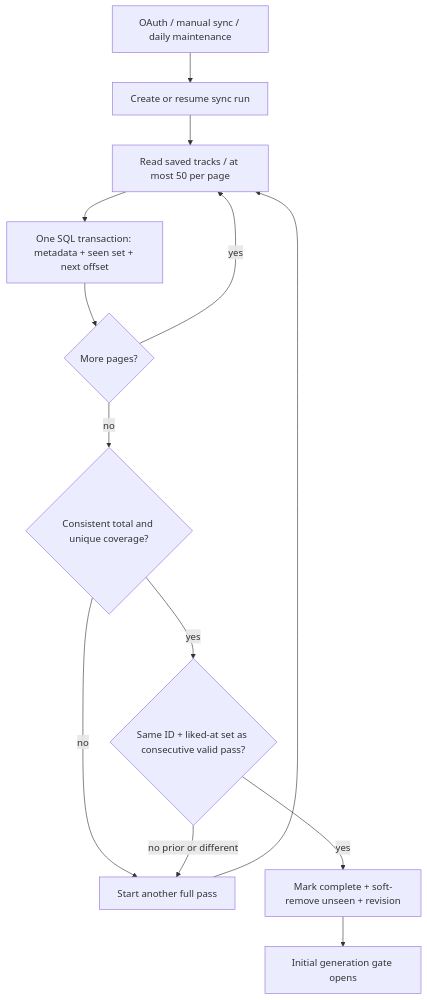
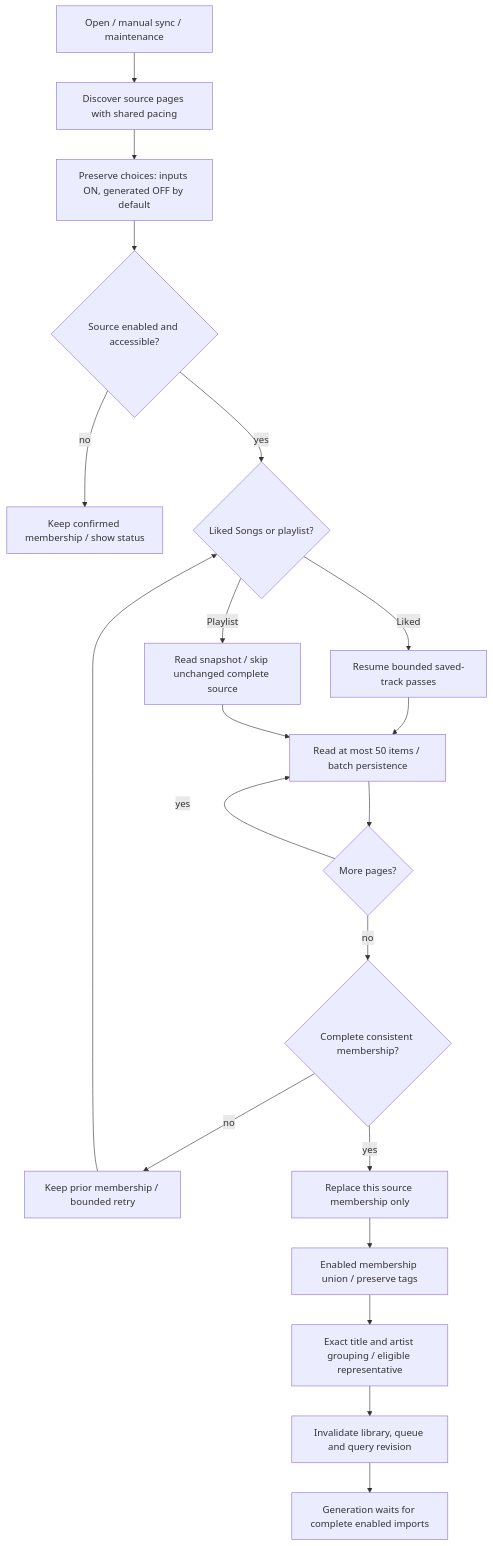
Before and after one commit to CarterKFalkenberg/spotify-plus: the diagram in docs/architecture/diagrams/06.mmd, drawn with Mermaid. The commit also changed 14 other files, not shown here.

Commit message:
Synchronize architecture handbook walkthrough and rendered source diagrams

```diff
--- a/docs/architecture/diagrams/06.mmd
+++ b/docs/architecture/diagrams/06.mmd
@@ -1,13 +1,20 @@
 flowchart TB
- E[OAuth / manual sync / daily maintenance] --> W[Create or resume sync run]
- W --> P[Read saved tracks / at most 50 per page]
- P --> TX[One SQL transaction: metadata + seen set + next offset]
- TX --> MORE{More pages?}
- MORE -->|yes| P
- MORE -->|no| VALID{Consistent total and unique coverage?}
- VALID -->|no| RESTART[Start another full pass]
- VALID -->|yes| MATCH{Same ID + liked-at set as consecutive valid pass?}
- MATCH -->|no prior or different| RESTART
- RESTART --> P
- MATCH -->|yes| COMMIT[Mark complete + soft-remove unseen + revision]
- COMMIT --> GATE[Initial generation gate opens]
+ E[Open / manual sync / maintenance] --> D[Discover source pages with shared pacing]
+ D --> S[Preserve choices: inputs ON, generated OFF by default]
+ S --> EN{Source enabled and accessible?}
+ EN -->|no| KEEP[Keep confirmed membership / show status]
+ EN -->|yes| KIND{Liked Songs or playlist?}
+ KIND -->|Liked| L[Resume bounded saved-track passes]
+ KIND -->|Playlist| V[Read snapshot / skip unchanged complete source]
+ L --> P[Read at most 50 items / batch persistence]
+ V --> P
+ P --> M{More pages?}
+ M -->|yes| P
+ M -->|no| CHECK{Complete consistent membership?}
+ CHECK -->|no| RETRY[Keep prior membership / bounded retry]
+ RETRY --> KIND
+ CHECK -->|yes| COMMIT[Replace this source membership only]
+ COMMIT --> POOL[Enabled membership union / preserve tags]
+ POOL --> GROUP[Exact title and artist grouping / eligible representative]
+ GROUP --> CACHE[Invalidate library, queue and query revision]
+ CACHE --> GATE[Generation waits for complete enabled imports]
```
